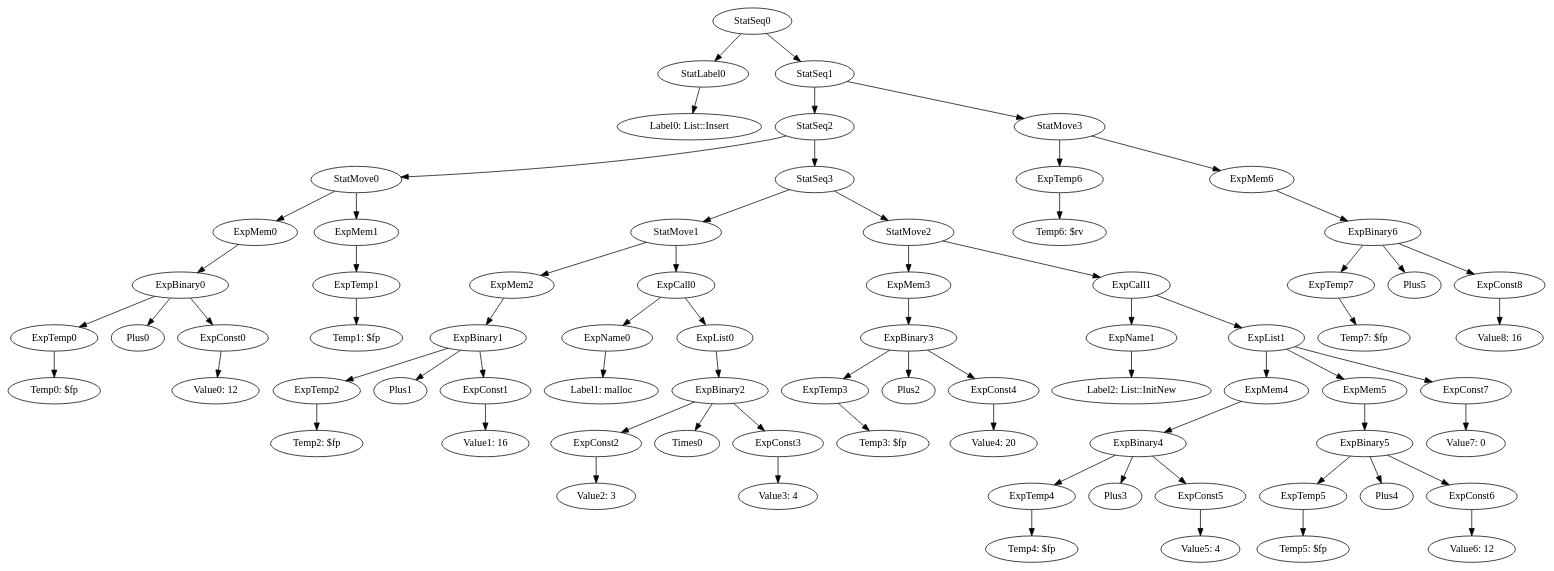
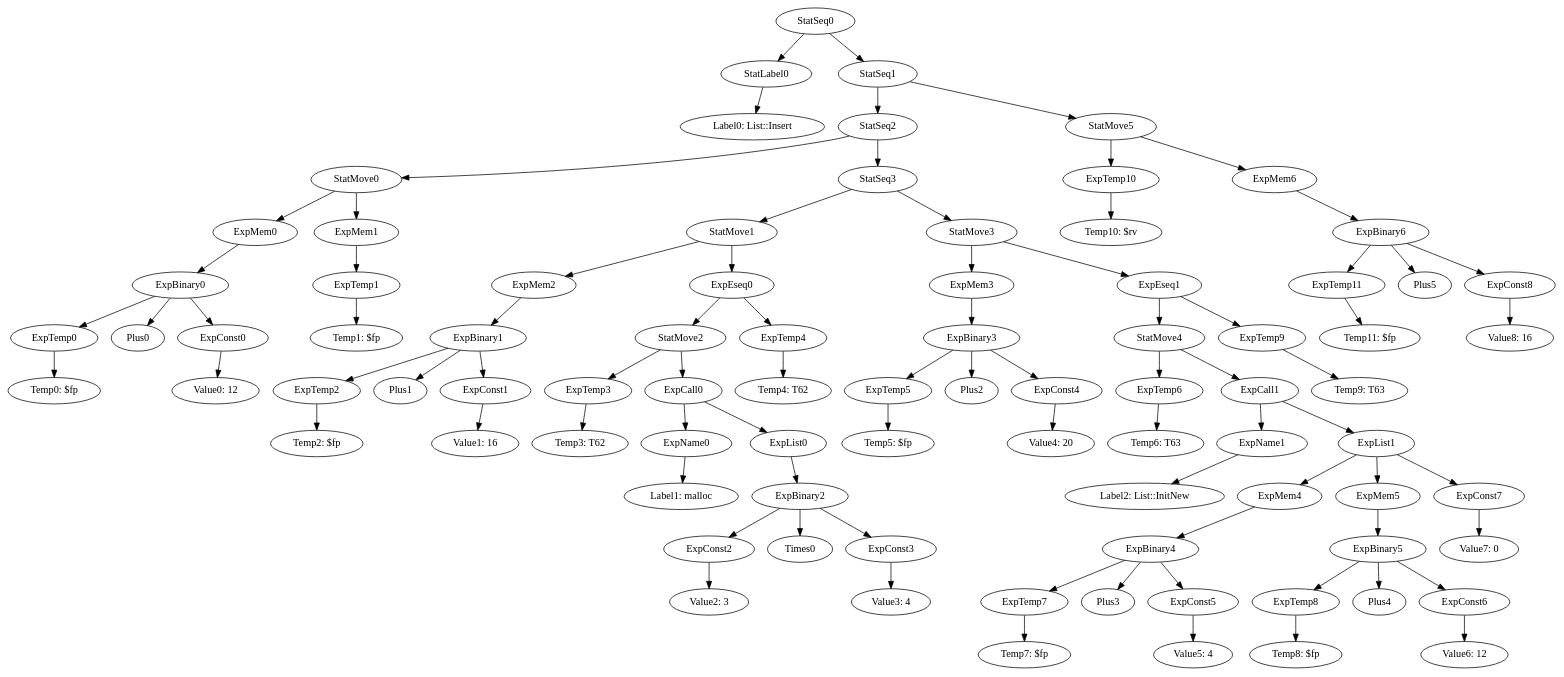
One commit to team-compilers/compilers changed the diagram in MiniJava/results/SamplesCorrect/LinkedList/irtCanon_List::Insert.gv. Above: the diagram before and after it, drawn with Graphviz. The commit also changed 106 other files, not shown here.

```diff
--- a/MiniJava/results/SamplesCorrect/LinkedList/irtCanon_List::Insert.gv
+++ b/MiniJava/results/SamplesCorrect/LinkedList/irtCanon_List::Insert.gv
@@ -1,75 +1,87 @@
 digraph {
 	ordering = out;
 	ExpMem6 -> ExpBinary6;
-	ExpConst8 -> "Value8: 16";
-	StatMove3 -> ExpTemp6;
-	StatMove3 -> ExpMem6;
-	ExpTemp6 -> "Temp6: $rv";
-	ExpBinary5 -> ExpTemp5;
-	ExpBinary5 -> Plus4;
-	ExpBinary5 -> ExpConst6;
-	ExpBinary4 -> ExpTemp4;
-	ExpBinary4 -> Plus3;
-	ExpBinary4 -> ExpConst5;
-	ExpTemp7 -> "Temp7: $fp";
-	ExpTemp4 -> "Temp4: $fp";
-	ExpCall1 -> ExpName1;
-	ExpCall1 -> ExpList1;
-	ExpName1 -> "Label2: List::InitNew";
-	StatMove2 -> ExpMem3;
-	StatMove2 -> ExpCall1;
-	ExpMem3 -> ExpBinary3;
-	ExpConst4 -> "Value4: 20";
-	ExpConst5 -> "Value5: 4";
-	ExpBinary3 -> ExpTemp3;
-	ExpBinary3 -> Plus2;
-	ExpBinary3 -> ExpConst4;
-	ExpTemp3 -> "Temp3: $fp";
-	ExpConst6 -> "Value6: 12";
+	ExpBinary6 -> ExpTemp11;
+	ExpBinary6 -> Plus5;
+	ExpBinary6 -> ExpConst8;
+	ExpTemp10 -> "Temp10: $rv";
+	StatSeq1 -> StatSeq2;
+	StatSeq1 -> StatMove5;
+	ExpTemp9 -> "Temp9: T63";
+	ExpConst3 -> "Value3: 4";
+	ExpConst7 -> "Value7: 0";
+	ExpCall0 -> ExpName0;
+	ExpCall0 -> ExpList0;
+	ExpMem2 -> ExpBinary1;
+	ExpName0 -> "Label1: malloc";
+	StatMove1 -> ExpMem2;
+	StatMove1 -> ExpEseq0;
+	ExpTemp8 -> "Temp8: $fp";
+	ExpConst1 -> "Value1: 16";
+	StatMove2 -> ExpTemp3;
+	StatMove2 -> ExpCall0;
+	ExpTemp2 -> "Temp2: $fp";
+	ExpBinary0 -> ExpTemp0;
+	ExpBinary0 -> Plus0;
+	ExpBinary0 -> ExpConst0;
+	ExpMem4 -> ExpBinary4;
+	StatMove0 -> ExpMem0;
+	StatMove0 -> ExpMem1;
+	ExpTemp3 -> "Temp3: T62";
+	ExpTemp11 -> "Temp11: $fp";
+	StatSeq0 -> StatLabel0;
+	StatSeq0 -> StatSeq1;
+	ExpTemp1 -> "Temp1: $fp";
+	ExpTemp5 -> "Temp5: $fp";
+	ExpBinary2 -> ExpConst2;
+	ExpBinary2 -> Times0;
+	ExpBinary2 -> ExpConst3;
+	ExpMem5 -> ExpBinary5;
+	StatLabel0 -> "Label0: List::Insert";
+	ExpMem0 -> ExpBinary0;
+	StatMove4 -> ExpTemp6;
+	StatMove4 -> ExpCall1;
+	ExpBinary1 -> ExpTemp2;
+	ExpBinary1 -> Plus1;
+	ExpBinary1 -> ExpConst1;
+	ExpList1 -> ExpMem4;
+	ExpList1 -> ExpMem5;
+	ExpList1 -> ExpConst7;
 	StatSeq2 -> StatMove0;
 	StatSeq2 -> StatSeq3;
 	ExpMem1 -> ExpTemp1;
+	ExpConst6 -> "Value6: 12";
+	ExpList0 -> ExpBinary2;
+	ExpEseq0 -> StatMove2;
+	ExpEseq0 -> ExpTemp4;
+	ExpTemp4 -> "Temp4: T62";
+	ExpTemp0 -> "Temp0: $fp";
+	ExpTemp7 -> "Temp7: $fp";
+	StatSeq3 -> StatMove1;
+	StatSeq3 -> StatMove3;
+	ExpConst2 -> "Value2: 3";
+	ExpBinary3 -> ExpTemp5;
+	ExpBinary3 -> Plus2;
+	ExpBinary3 -> ExpConst4;
+	StatMove5 -> ExpTemp10;
+	StatMove5 -> ExpMem6;
+	ExpConst5 -> "Value5: 4";
+	ExpConst8 -> "Value8: 16";
+	ExpConst4 -> "Value4: 20";
+	ExpMem3 -> ExpBinary3;
+	StatMove3 -> ExpMem3;
+	StatMove3 -> ExpEseq1;
+	ExpTemp6 -> "Temp6: T63";
+	ExpEseq1 -> StatMove4;
+	ExpEseq1 -> ExpTemp9;
+	ExpName1 -> "Label2: List::InitNew";
+	ExpCall1 -> ExpName1;
+	ExpCall1 -> ExpList1;
 	ExpConst0 -> "Value0: 12";
-	ExpBinary6 -> ExpTemp7;
-	ExpBinary6 -> Plus5;
-	ExpBinary6 -> ExpConst8;
-	ExpList1 -> ExpMem4;
-	ExpList1 -> ExpMem5;
-	ExpList1 -> ExpConst7;
-	ExpMem0 -> ExpBinary0;
-	ExpBinary1 -> ExpTemp2;
-	ExpBinary1 -> Plus1;
-	ExpBinary1 -> ExpConst1;
-	StatLabel0 -> "Label0: List::Insert";
-	ExpTemp5 -> "Temp5: $fp";
-	ExpTemp1 -> "Temp1: $fp";
-	StatSeq0 -> StatLabel0;
-	StatSeq0 -> StatSeq1;
-	ExpTemp0 -> "Temp0: $fp";
-	StatMove0 -> ExpMem0;
-	StatMove0 -> ExpMem1;
-	StatSeq3 -> StatMove1;
-	StatSeq3 -> StatMove2;
-	ExpMem4 -> ExpBinary4;
-	ExpBinary0 -> ExpTemp0;
-	ExpBinary0 -> Plus0;
-	ExpBinary0 -> ExpConst0;
-	ExpTemp2 -> "Temp2: $fp";
-	StatSeq1 -> StatSeq2;
-	StatSeq1 -> StatMove3;
-	ExpConst1 -> "Value1: 16";
-	ExpMem5 -> ExpBinary5;
-	StatMove1 -> ExpMem2;
-	StatMove1 -> ExpCall0;
-	ExpName0 -> "Label1: malloc";
-	ExpMem2 -> ExpBinary1;
-	ExpCall0 -> ExpName0;
-	ExpCall0 -> ExpList0;
-	ExpBinary2 -> ExpConst2;
-	ExpBinary2 -> Times0;
-	ExpBinary2 -> ExpConst3;
-	ExpConst2 -> "Value2: 3";
-	ExpConst7 -> "Value7: 0";
-	ExpConst3 -> "Value3: 4";
-	ExpList0 -> ExpBinary2;
+	ExpBinary4 -> ExpTemp7;
+	ExpBinary4 -> Plus3;
+	ExpBinary4 -> ExpConst5;
+	ExpBinary5 -> ExpTemp8;
+	ExpBinary5 -> Plus4;
+	ExpBinary5 -> ExpConst6;
 }
```
